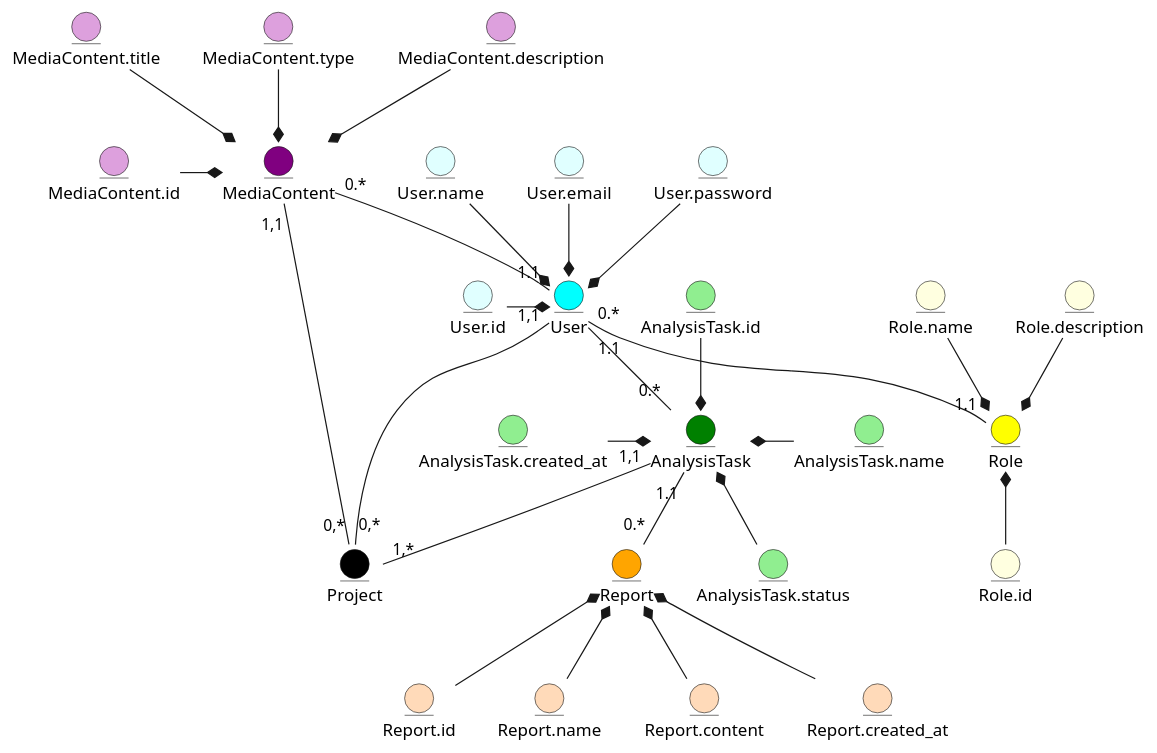
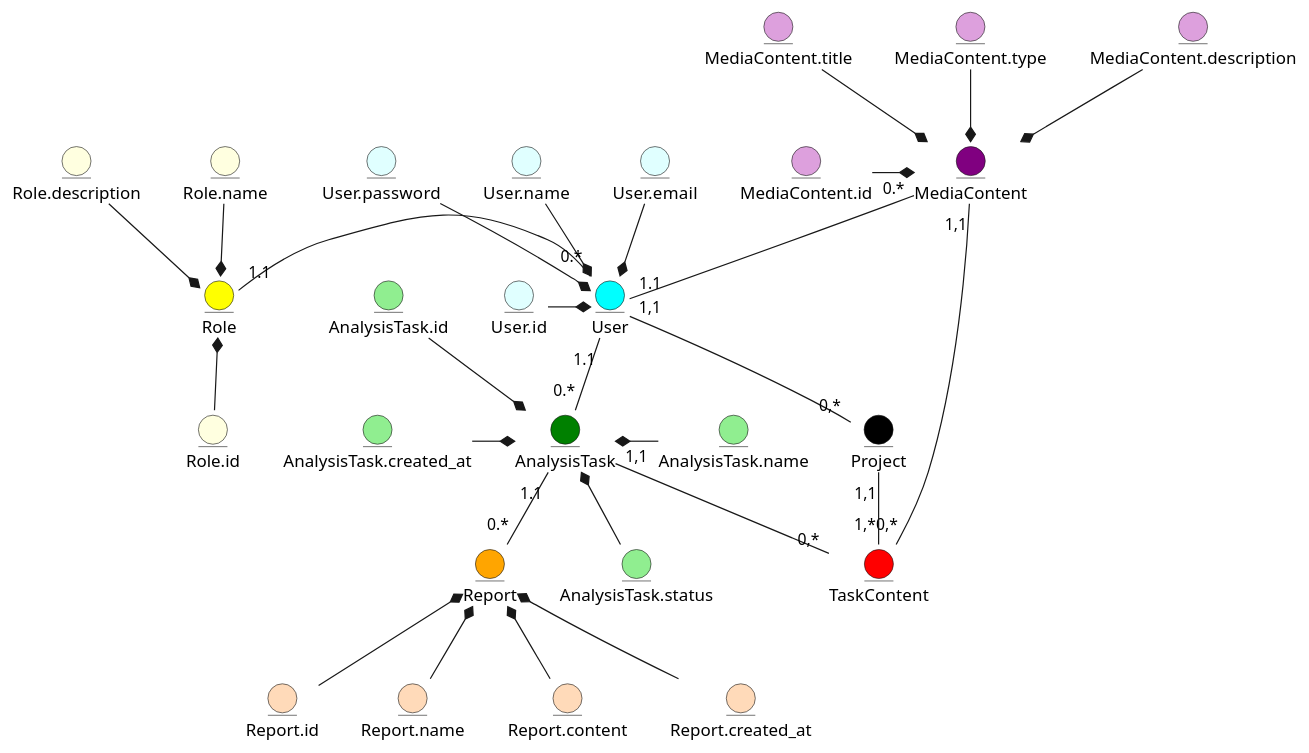
The diagram in docs/design.md (zhkcll/lab6), drawn with PlantUML before and after one commit.

````diff
--- a/docs/design.md
+++ b/docs/design.md
@@ -5,70 +5,70 @@
 ```plantuml
 @startuml
 
 entity User #cyan
 entity User.id #lightCyan
 entity User.name #lightCyan
 entity User.email #lightCyan
 entity User.password #lightCyan
 
 User.id -r-* User
 User.name --* User
 User.email --* User
 User.password --* User
 
 entity Role #yellow
 entity Role.name #lightYellow
 entity Role.description #lightYellow
 entity Role.id #lightYellow
 
 Role.name --* Role
 Role.description --* Role
 Role.id -u-* Role
 
 entity MediaContent #purple
 entity MediaContent.id #plum
 entity MediaContent.title #plum
 entity MediaContent.type #plum
 entity MediaContent.description #plum
 
 MediaContent.id -r-* MediaContent
 MediaContent.title --* MediaContent
 MediaContent.type --* MediaContent
 MediaContent.description --* MediaContent
 
 entity AnalysisTask #green
 entity AnalysisTask.id #lightGreen
 entity AnalysisTask.name #lightGreen
 entity AnalysisTask.status #lightGreen
 entity AnalysisTask.created_at #lightGreen
 
 AnalysisTask.id --* AnalysisTask
 AnalysisTask.name -l-* AnalysisTask
 AnalysisTask.status -u-* AnalysisTask
 AnalysisTask.created_at -r-* AnalysisTask
 
 entity Report #orange
 entity Report.id #peachPuff
 entity Report.name #peachPuff
 entity Report.content #peachPuff
 entity Report.created_at #peachPuff
 
 Report.id -u-* Report
 Report.name -u-* Report
 Report.content -u-* Report
 Report.created_at -u-* Report
 
-User "0.*" -- "1.1" Role
+User "0.*" -l- "1.1" Role
 User "1.1" -- "0.*" AnalysisTask
 MediaContent "0.*" -- "1.1" User
 AnalysisTask "1.1" -- "0.*" Report
 
 entity Project #black
-
+entity TaskContent #red
 User "1,1" -- "0,*" Project
-MediaContent "1,1" -- "0,*" Project
-AnalysisTask "1,1" -- "1,*" Project
-
+MediaContent "1,1" -- "0,*" TaskContent
+AnalysisTask "1,1" -- "0,*" TaskContent
+Project "1,1" -- "1,*" TaskContent
 
 @enduml
 ```
````
